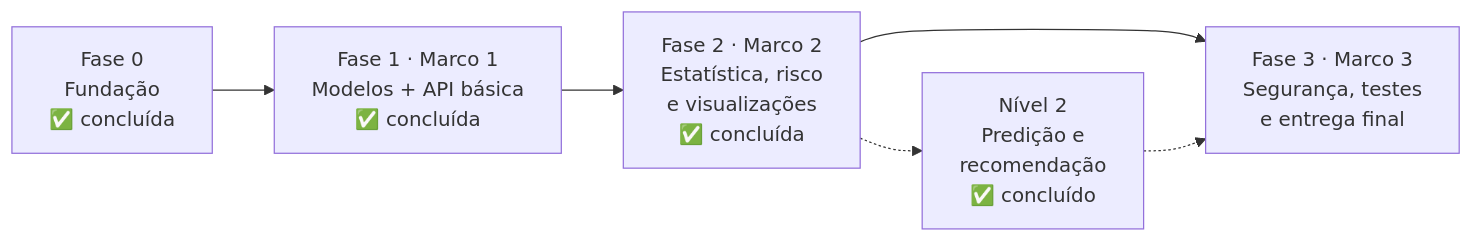
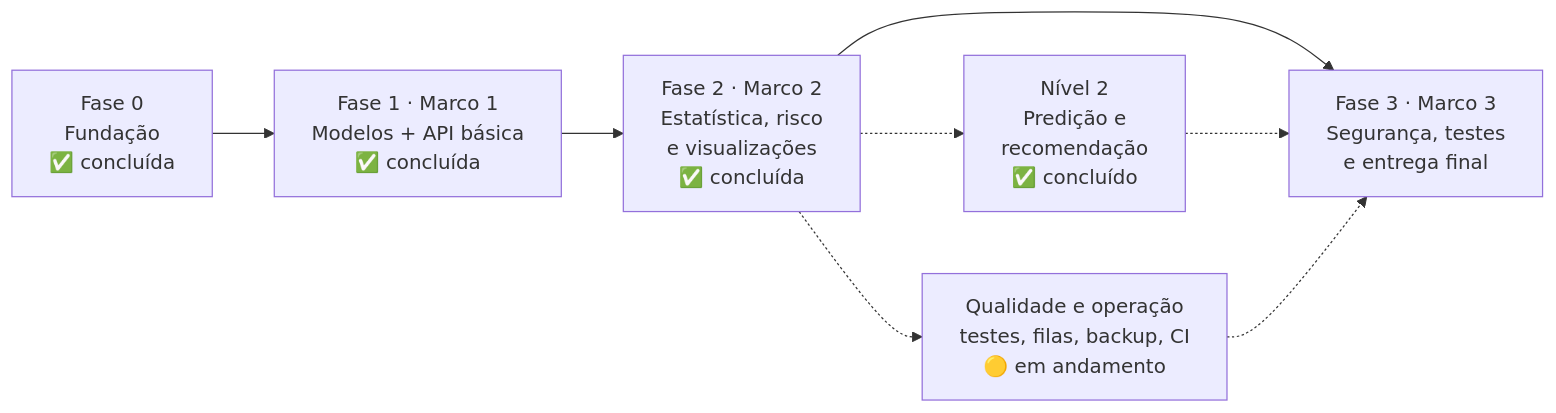
The diagram in ROADMAP.md (Victorfiallho/simpa), drawn with Mermaid before and after one commit. The commit also changed other lines of this file, not shown here.

Commit message:
docs(roadmap): atualiza com a qualidade e operação, a Fase 3 e os itens em aberto

````diff
--- a/ROADMAP.md
+++ b/ROADMAP.md
@@ -13,8 +13,10 @@
 ```mermaid
 flowchart LR
     F0["Fase 0<br/>Fundação<br/>✅ concluída"] --> F1["Fase 1 · Marco 1<br/>Modelos + API básica<br/>✅ concluída"]
     F1 --> F2["Fase 2 · Marco 2<br/>Estatística, risco<br/>e visualizações<br/>✅ concluída"]
     F2 --> F3["Fase 3 · Marco 3<br/>Segurança, testes<br/>e entrega final"]
     F2 -.-> N2["Nível 2<br/>Predição e<br/>recomendação<br/>✅ concluído"]
     N2 -.-> F3
+    F2 -.-> Q["Qualidade e operação<br/>testes, filas, backup, CI<br/>🟡 em andamento"]
+    Q -.-> F3
 ```
````
